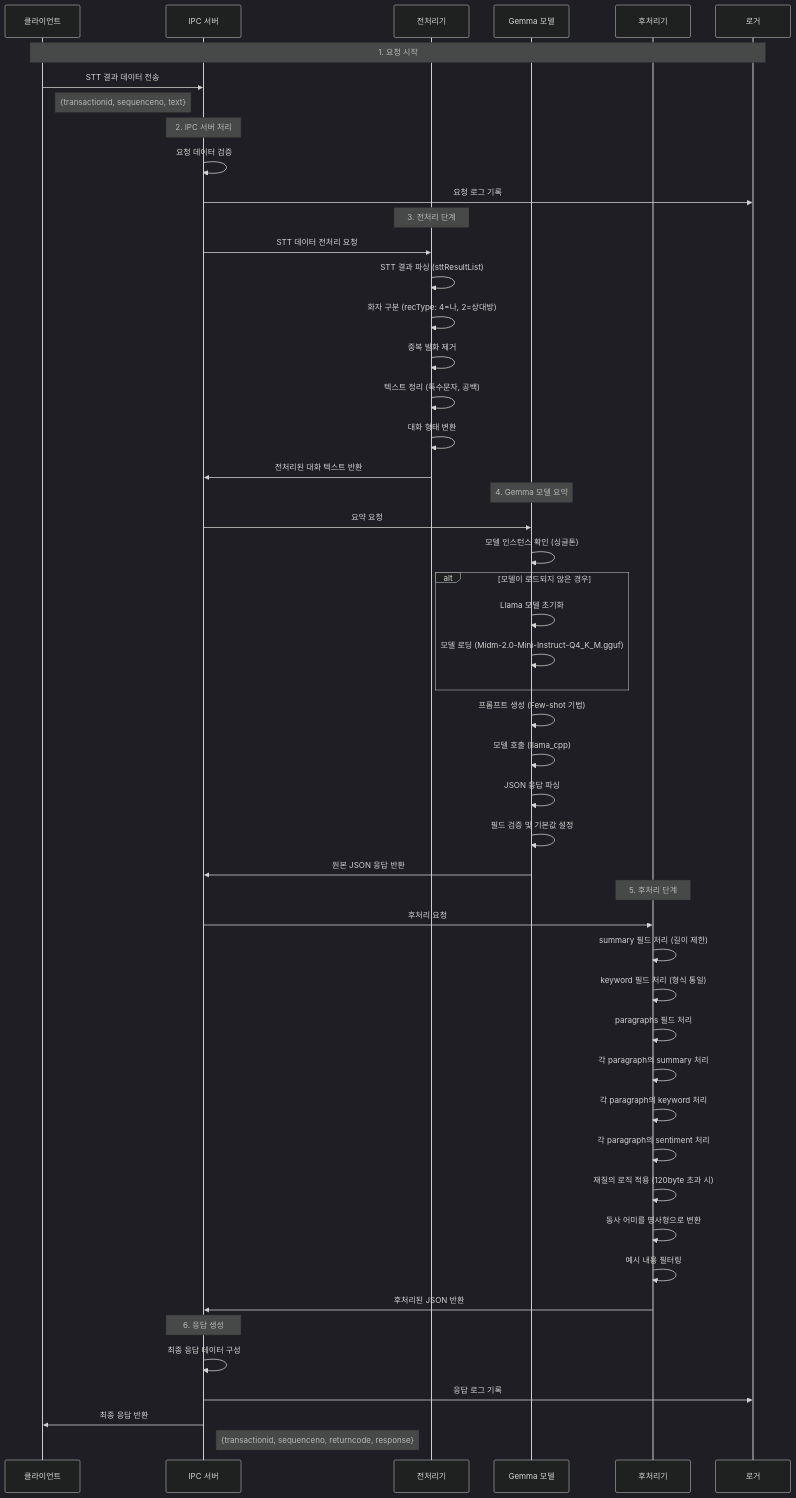
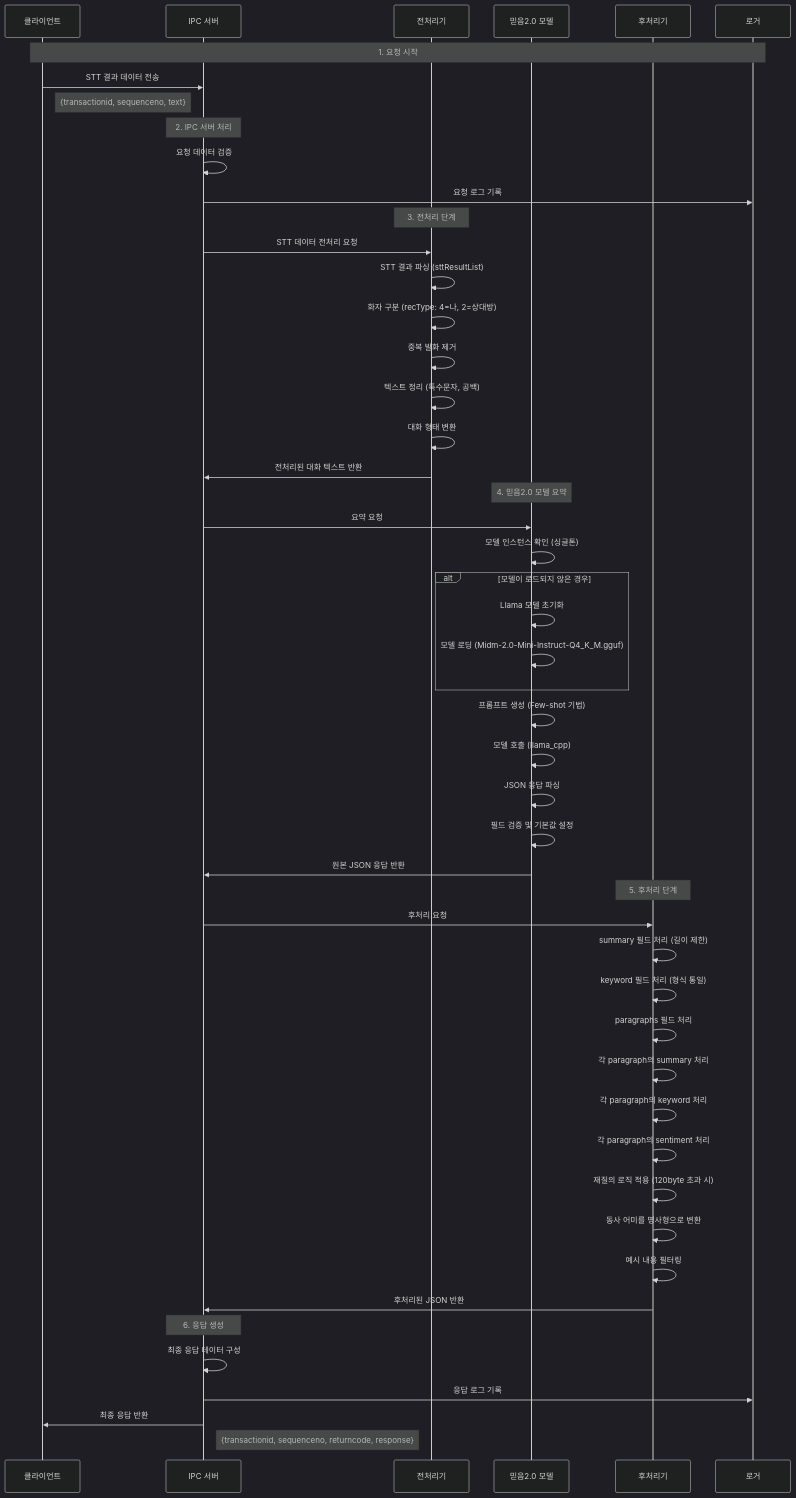
One commit to hak023/gemma-summarizer-poc changed the first of 5 diagrams in sequence_diagram.md. Above: the diagram before and after it, drawn with Mermaid (dark theme). The commit also changed other lines of this file and 2 other files, not shown here.

First line of the commit message:
모델명 변경: Gemma -> 믿음2.0

````diff
--- a/sequence_diagram.md
+++ b/sequence_diagram.md
@@ -5,58 +5,58 @@
 ```mermaid
 sequenceDiagram
     participant Client as 클라이언트
     participant IPC as IPC 서버
     participant Preprocessor as 전처리기
-    participant Gemma as Gemma 모델
+    participant Gemma as 믿음2.0 모델
     participant Postprocessor as 후처리기
     participant Logger as 로거
 
     Note over Client,Logger: 1. 요청 시작
     Client->>IPC: STT 결과 데이터 전송
     Note right of Client: {transactionid, sequenceno, text}
     
     Note over IPC: 2. IPC 서버 처리
     IPC->>IPC: 요청 데이터 검증
     IPC->>Logger: 요청 로그 기록
     
     Note over Preprocessor: 3. 전처리 단계
     IPC->>Preprocessor: STT 데이터 전처리 요청
     Preprocessor->>Preprocessor: STT 결과 파싱 (sttResultList)
     Preprocessor->>Preprocessor: 화자 구분 (recType: 4=나, 2=상대방)
     Preprocessor->>Preprocessor: 중복 발화 제거
     Preprocessor->>Preprocessor: 텍스트 정리 (특수문자, 공백)
     Preprocessor->>Preprocessor: 대화 형태 변환
     Preprocessor->>IPC: 전처리된 대화 텍스트 반환
     
-    Note over Gemma: 4. Gemma 모델 요약
+    Note over Gemma: 4. 믿음2.0 모델 요약
     IPC->>Gemma: 요약 요청
     Gemma->>Gemma: 모델 인스턴스 확인 (싱글톤)
     alt 모델이 로드되지 않은 경우
         Gemma->>Gemma: Llama 모델 초기화
         Gemma->>Gemma: 모델 로딩 (Midm-2.0-Mini-Instruct-Q4_K_M.gguf)
     end
     Gemma->>Gemma: 프롬프트 생성 (Few-shot 기법)
     Gemma->>Gemma: 모델 호출 (llama_cpp)
     Gemma->>Gemma: JSON 응답 파싱
     Gemma->>Gemma: 필드 검증 및 기본값 설정
     Gemma->>IPC: 원본 JSON 응답 반환
     
     Note over Postprocessor: 5. 후처리 단계
     IPC->>Postprocessor: 후처리 요청
     Postprocessor->>Postprocessor: summary 필드 처리 (길이 제한)
     Postprocessor->>Postprocessor: keyword 필드 처리 (형식 통일)
     Postprocessor->>Postprocessor: paragraphs 필드 처리
     Postprocessor->>Postprocessor: 각 paragraph의 summary 처리
     Postprocessor->>Postprocessor: 각 paragraph의 keyword 처리
     Postprocessor->>Postprocessor: 각 paragraph의 sentiment 처리
     Postprocessor->>Postprocessor: 재질의 로직 적용 (120byte 초과 시)
     Postprocessor->>Postprocessor: 동사 어미를 명사형으로 변환
     Postprocessor->>Postprocessor: 예시 내용 필터링
     Postprocessor->>IPC: 후처리된 JSON 반환
     
     Note over IPC: 6. 응답 생성
     IPC->>IPC: 최종 응답 데이터 구성
     IPC->>Logger: 응답 로그 기록
     IPC->>Client: 최종 응답 반환
     Note right of IPC: {transactionid, sequenceno, returncode, response}
 ```
````
